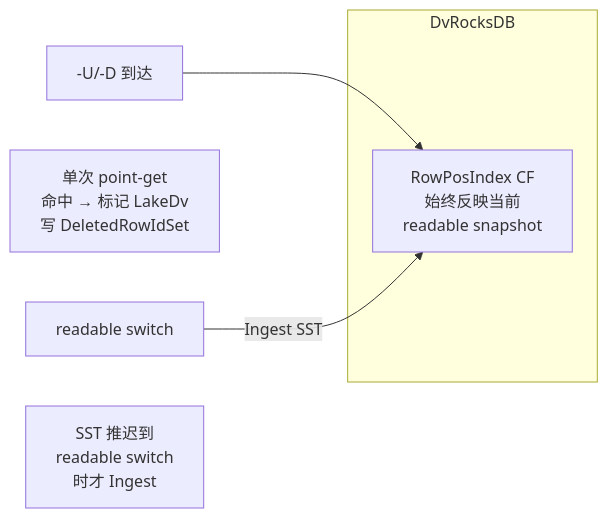
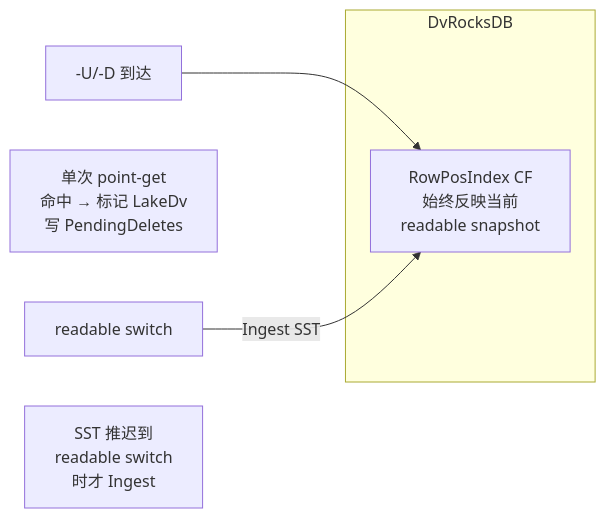
The fifth of 28 diagrams in design-doc/fluss-deletion-vector-overview-v2.md (luoyuxia/fluss), drawn with Mermaid before and after one commit. The commit also changed other lines of this file and 1 other file, not shown here.

````diff
--- a/design-doc/fluss-deletion-vector-overview-v2.md
+++ b/design-doc/fluss-deletion-vector-overview-v2.md
@@ -124,12 +122,12 @@
 ```mermaid
 graph LR
     subgraph DvRocksDB
         RPI["RowPosIndex CF<br/>始终反映当前<br/>readable snapshot"]
     end
 
     Delete["-U/-D 到达"] --> RPI
-    Note["单次 point-get<br/>命中 → 标记 LakeDv<br/>写 DeletedRowIdSet"]
+    Note["单次 point-get<br/>命中 → 标记 LakeDv<br/>写 PendingDeletes"]
 
     Switch["readable switch"] -->|"Ingest SST"| RPI
     Note2["SST 推迟到<br/>readable switch<br/>时才 Ingest"]
 ```
````
